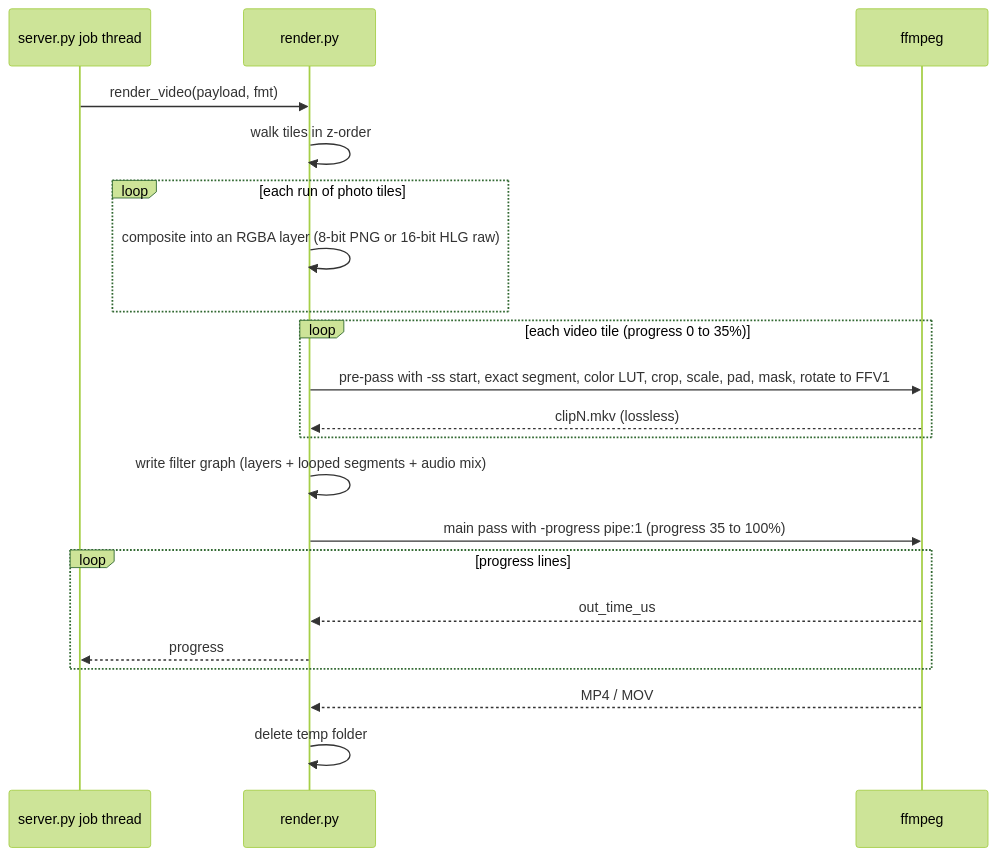
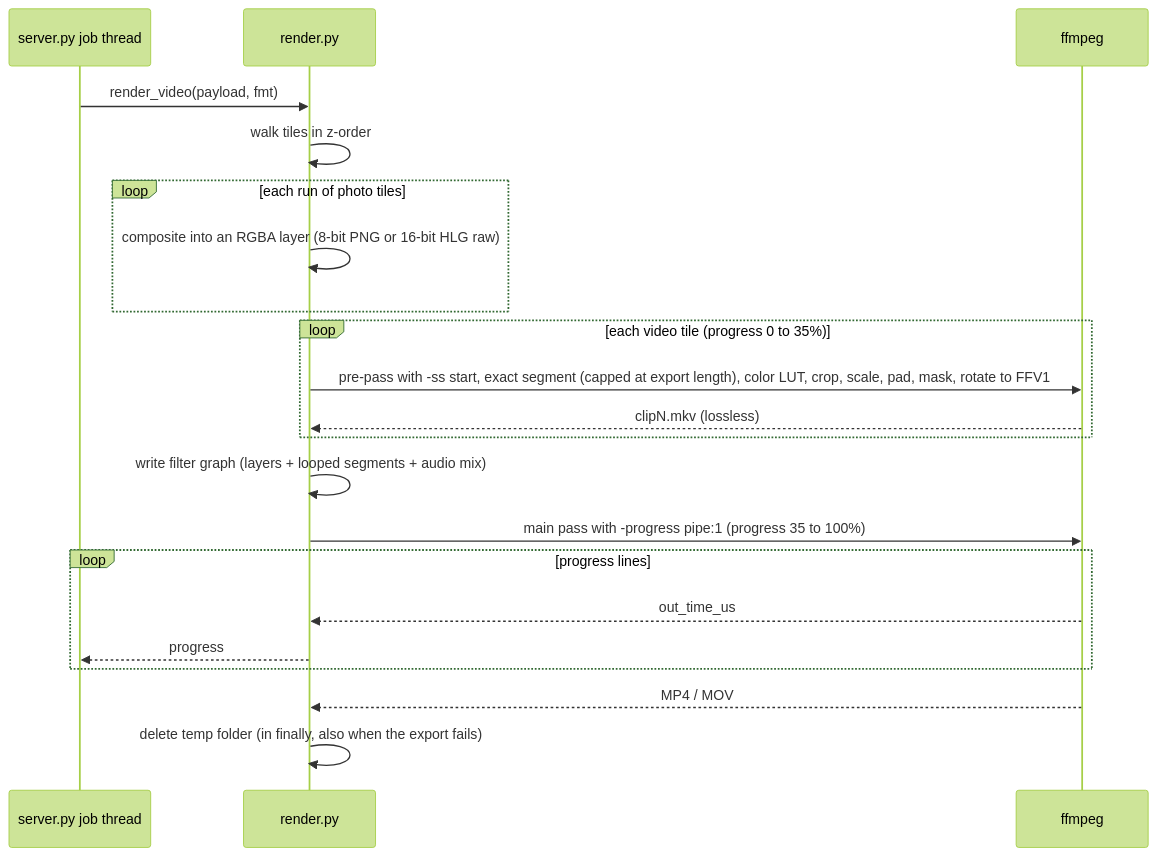
The tenth of 30 diagrams in README.md (AdityaSeth777/Tessera), drawn with Mermaid (forest theme) before and after one commit. The commit also changed other lines of this file, not shown here.

````diff
--- a/README.md
+++ b/README.md
@@ -413,23 +417,23 @@
 ```mermaid
 sequenceDiagram
     participant S as server.py job thread
     participant R as render.py
     participant FF as ffmpeg
     S->>R: render_video(payload, fmt)
     R->>R: walk tiles in z-order
     loop each run of photo tiles
         R->>R: composite into an RGBA layer (8-bit PNG or 16-bit HLG raw)
     end
     loop each video tile (progress 0 to 35%)
-        R->>FF: pre-pass with -ss start, exact segment, color LUT, crop, scale, pad, mask, rotate to FFV1
+        R->>FF: pre-pass with -ss start, exact segment (capped at export length), color LUT, crop, scale, pad, mask, rotate to FFV1
         FF-->>R: clipN.mkv (lossless)
     end
     R->>R: write filter graph (layers + looped segments + audio mix)
     R->>FF: main pass with -progress pipe:1 (progress 35 to 100%)
     loop progress lines
         FF-->>R: out_time_us
         R-->>S: progress
     end
     FF-->>R: MP4 / MOV
-    R->>R: delete temp folder
+    R->>R: delete temp folder (in finally, also when the export fails)
 ```
````
